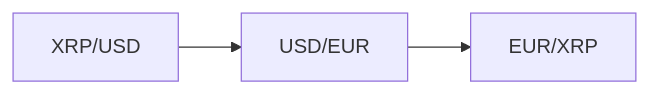
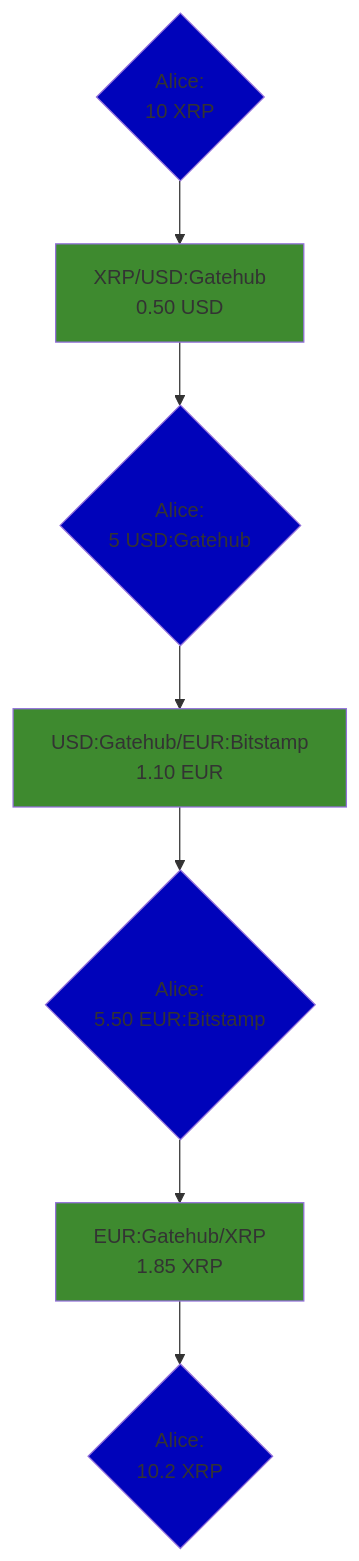
The fourth of 4 diagrams in README.md (LimpidCrypto/xrpl-trading), drawn with Mermaid before and after one commit. The commit also changed other lines of this file, not shown here.

````diff
--- a/README.md
+++ b/README.md
@@ -72,8 +72,10 @@
 ```mermaid
-flowchart LR
-xrpusd[XRP/USD] --> usdeur[USD/EUR]
-usdeur[USD/EUR] --> eurxrp[EUR/XRP]
+flowchart TB
+Alice{Alice:\n10 XRP} --> xrpusd[XRP/USD:Gatehub\n0.50 USD] --> Alice1{Alice:\n5 USD:Gatehub} --> usdeur[USD:Gatehub/EUR:Bitstamp\n1.10 EUR] --> Alice2{Alice:\n5.50 EUR:Bitstamp} --> eurxrp[EUR:Gatehub/XRP\n1.85 XRP] --> Alice3{Alice:\n10.2 XRP}
 
-classDef start fill:#0003ba;
-classDef curr fill:#3e8a2f;
+classDef wallet fill:#0003ba;
+classDef orderBook fill:#3e8a2f;
+
+class Alice,Alice1,Alice2,Alice3 wallet;
+class xrpusd,usdeur,usdeur,eurxrp orderBook;
 ```
````
